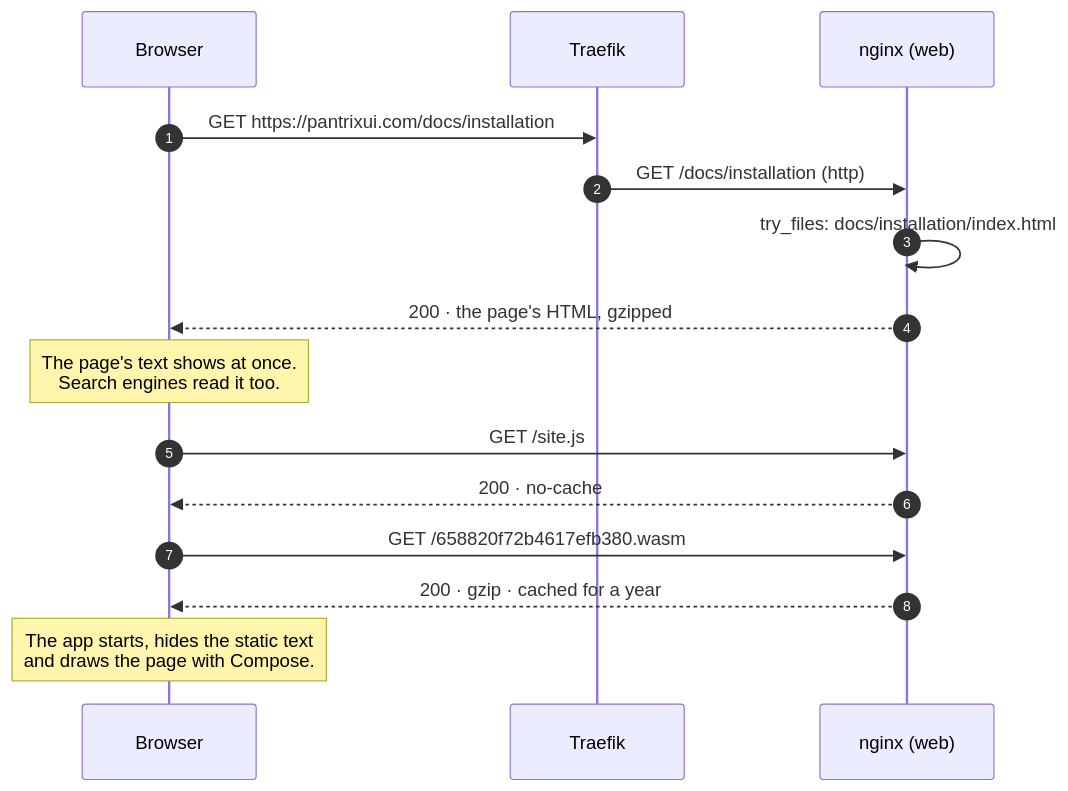
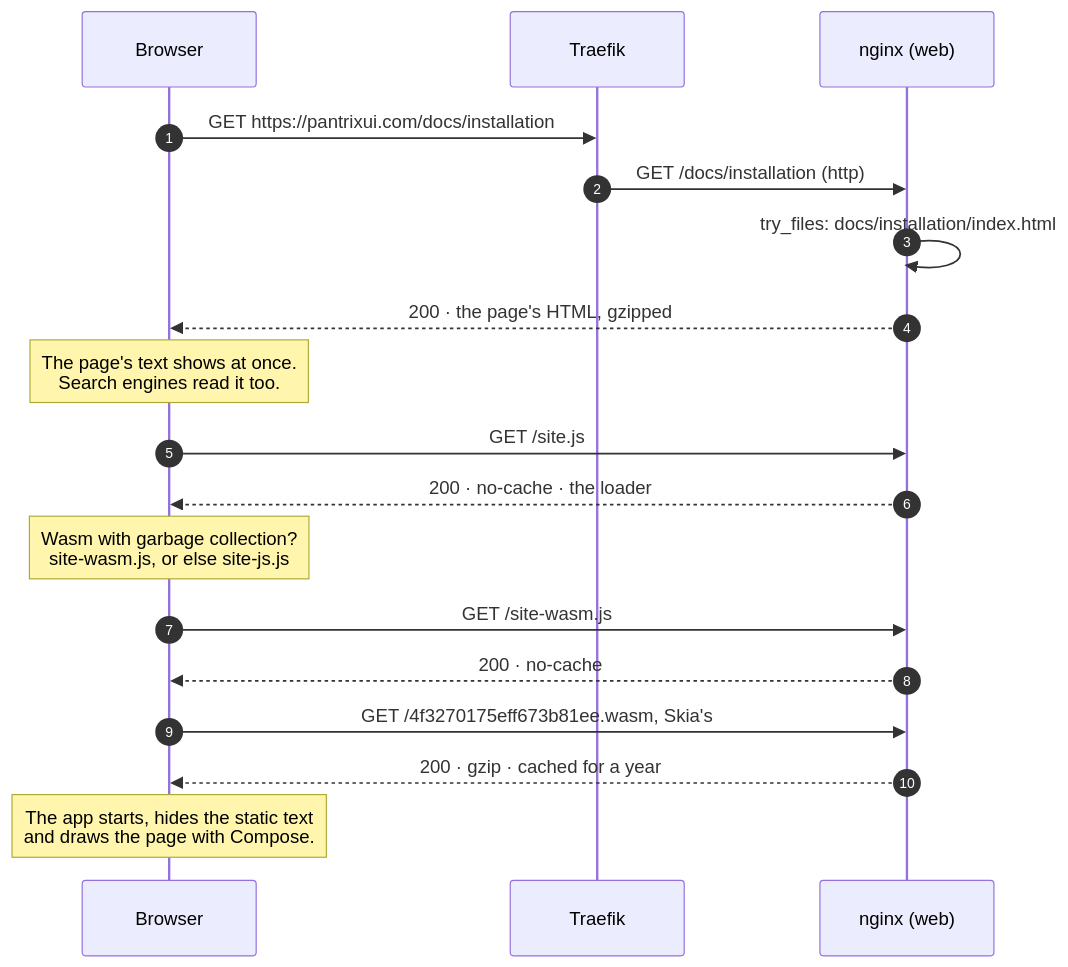
Before and after one commit to develappsancho/pantrix-ui-site: the second of 10 diagrams in docs/deploy/ARCHITECTURE_GUIDE.en.md, drawn with Mermaid. The commit also changed other lines of this file and 28 other files, not shown here.

Commit message:
[FIX][Give a browser that cannot run the site's Wasm build the app built as JavaScript, Start the build from a loader that falls back on a Wasm failure and Check both builds in check.sh]

````diff
--- a/docs/deploy/ARCHITECTURE_GUIDE.en.md
+++ b/docs/deploy/ARCHITECTURE_GUIDE.en.md
@@ -61,17 +61,20 @@
 ```mermaid
 sequenceDiagram
     autonumber
     participant B as Browser
     participant T as Traefik
     participant N as nginx (web)
     B->>T: GET https://pantrixui.com/docs/installation
     T->>N: GET /docs/installation (http)
     N->>N: try_files: docs/installation/index.html
     N-->>B: 200 · the page's HTML, gzipped
     Note over B: The page's text shows at once.<br/>Search engines read it too.
     B->>N: GET /site.js
+    N-->>B: 200 · no-cache · the loader
+    Note over B: Wasm with garbage collection?<br/>site-wasm.js, or else site-js.js
+    B->>N: GET /site-wasm.js
     N-->>B: 200 · no-cache
-    B->>N: GET /658820f72b4617efb380.wasm
+    B->>N: GET /4f3270175eff673b81ee.wasm, Skia's
     N-->>B: 200 · gzip · cached for a year
     Note over B: The app starts, hides the static text<br/>and draws the page with Compose.
 ```
````
